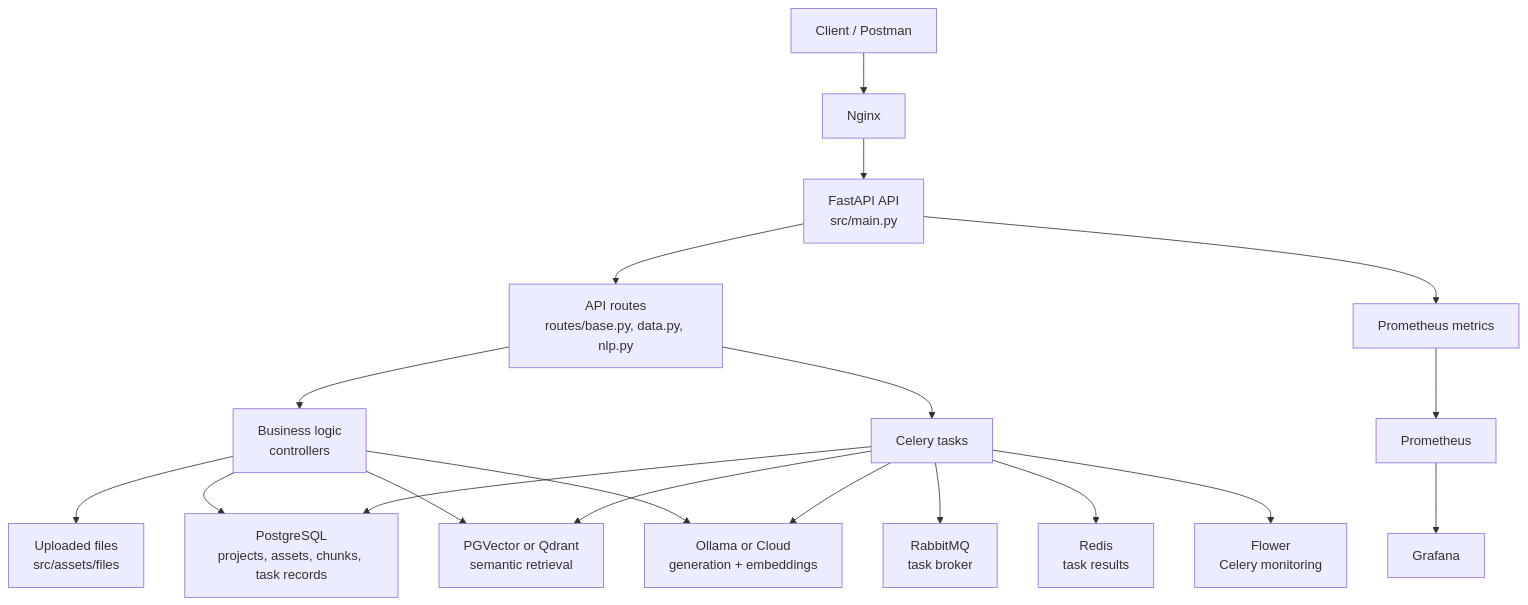
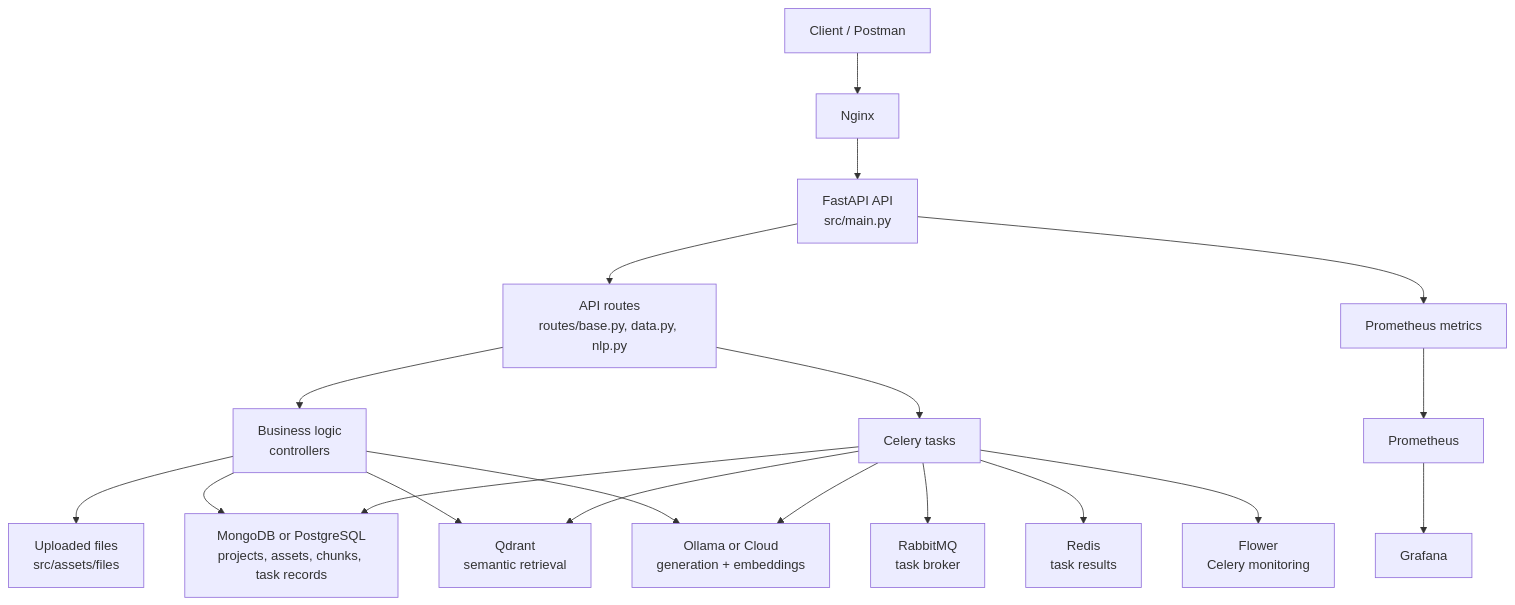
One commit to mohamed-habib-jaberi/RAGDocumentsIntelligence changed the first of 3 diagrams in README.md. Above: the diagram before and after it, drawn with Mermaid. The commit also changed other lines of this file and 44 other files, not shown here.

Commit message:
feat: support switchable MongoDB and PostgreSQL persistence

````diff
--- a/README.md
+++ b/README.md
@@ -13,25 +44,25 @@
 ```mermaid
 flowchart TB
     Client["Client / Postman"] --> Nginx["Nginx"]
     Nginx --> API["FastAPI API\nsrc/main.py"]
 
     API --> Routes["API routes\nroutes/base.py, data.py, nlp.py"]
     Routes --> Controllers["Business logic\ncontrollers"]
     Routes --> Queue["Celery tasks"]
 
     Controllers --> Files["Uploaded files\nsrc/assets/files"]
-    Controllers --> PostgreSQL["PostgreSQL\nprojects, assets, chunks, task records"]
-    Controllers --> VectorDB["PGVector or Qdrant\nsemantic retrieval"]
+    Controllers --> Persistence["MongoDB or PostgreSQL\nprojects, assets, chunks, task records"]
+    Controllers --> VectorDB["Qdrant\nsemantic retrieval"]
     Controllers --> LLM["Ollama or Cloud\ngeneration + embeddings"]
 
     Queue --> RabbitMQ["RabbitMQ\ntask broker"]
     Queue --> Redis["Redis\ntask results"]
-    Queue --> PostgreSQL
+    Queue --> Persistence
     Queue --> VectorDB
     Queue --> LLM
 
     API --> Metrics["Prometheus metrics"]
     Metrics --> Prometheus["Prometheus"]
     Prometheus --> Grafana["Grafana"]
     Queue --> Flower["Flower\nCelery monitoring"]
 ```
````
